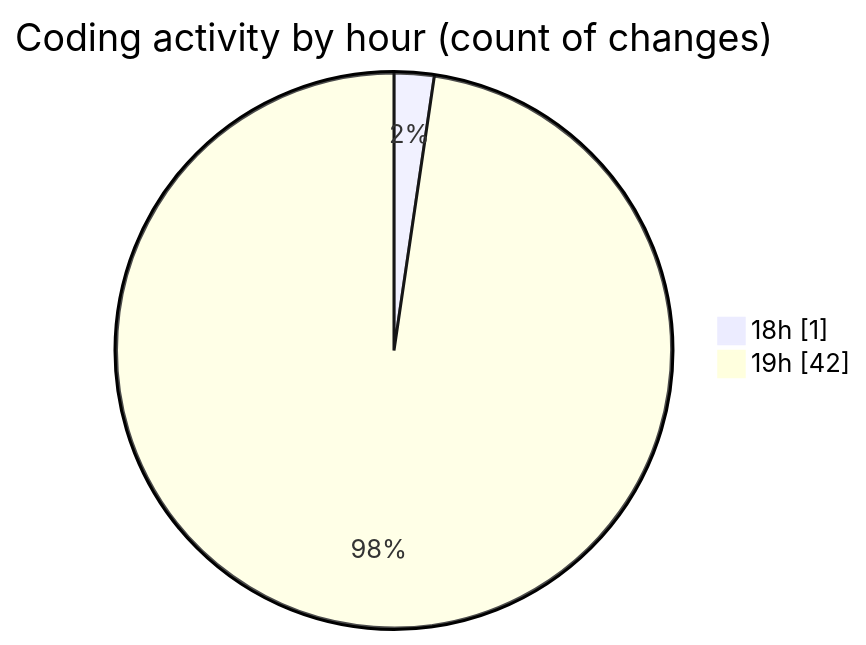
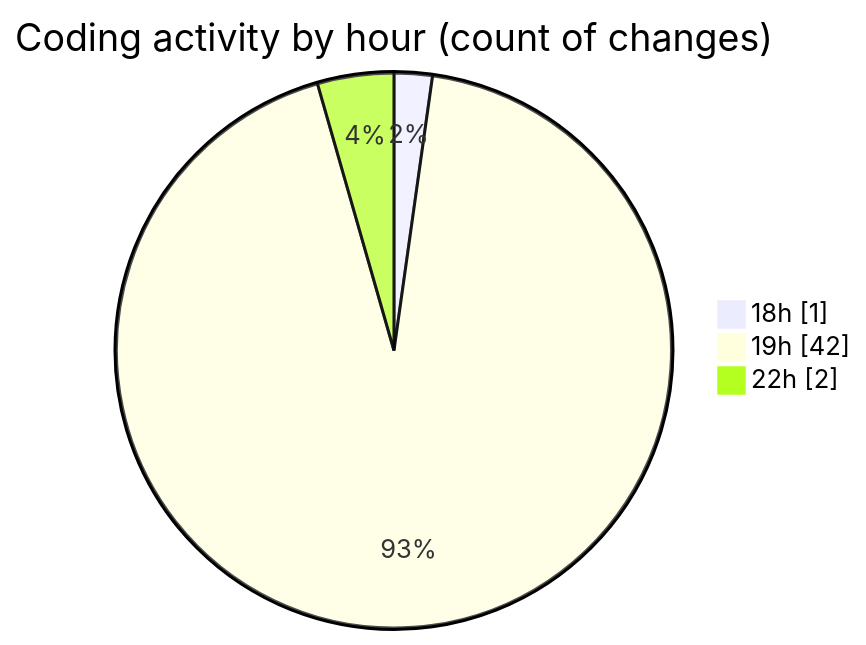
The second of 2 diagrams in 2025-03-30/front-end/README.md (Netris89/code-tracking), drawn with Mermaid before and after one commit. The commit also changed other lines of this file and 1 other file, not shown here.

````diff
--- a/2025-03-30/front-end/README.md
+++ b/2025-03-30/front-end/README.md
@@ -34,6 +34,7 @@
 ```mermaid
 pie showData
 title Coding activity by hour (count of changes)
 "18h" : 1
 "19h" : 42
+"22h" : 2
 ```
````
